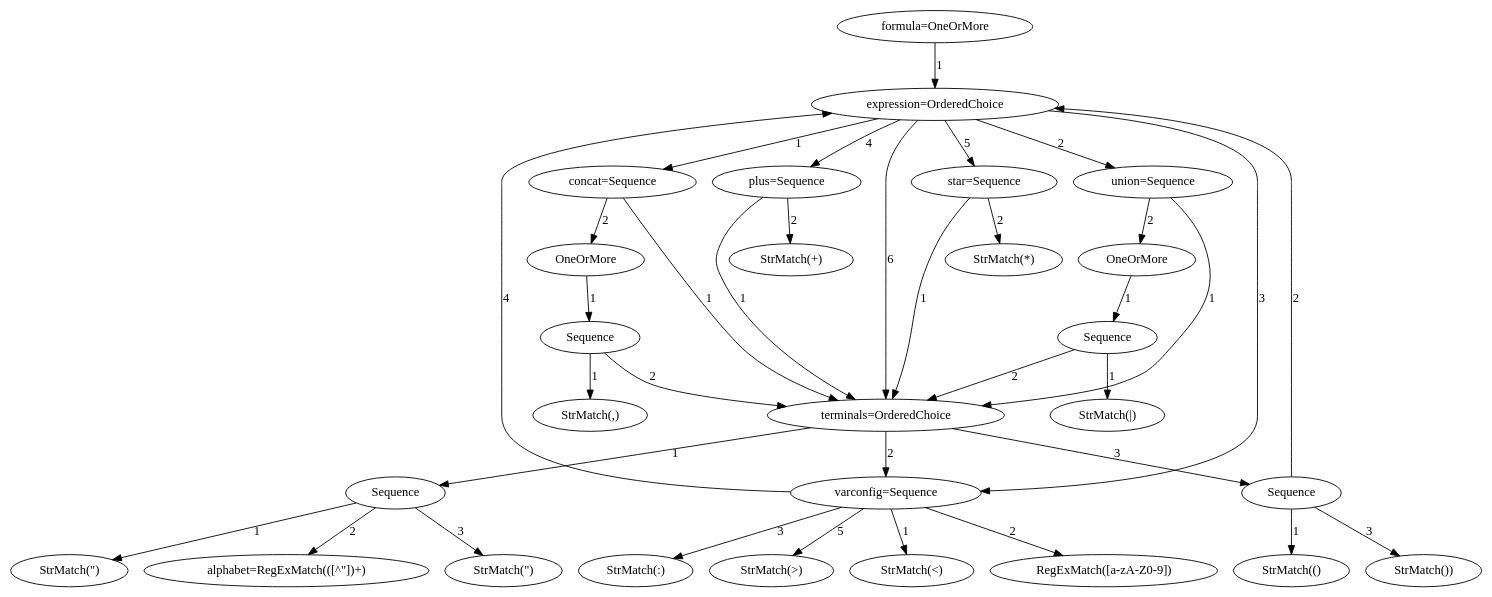
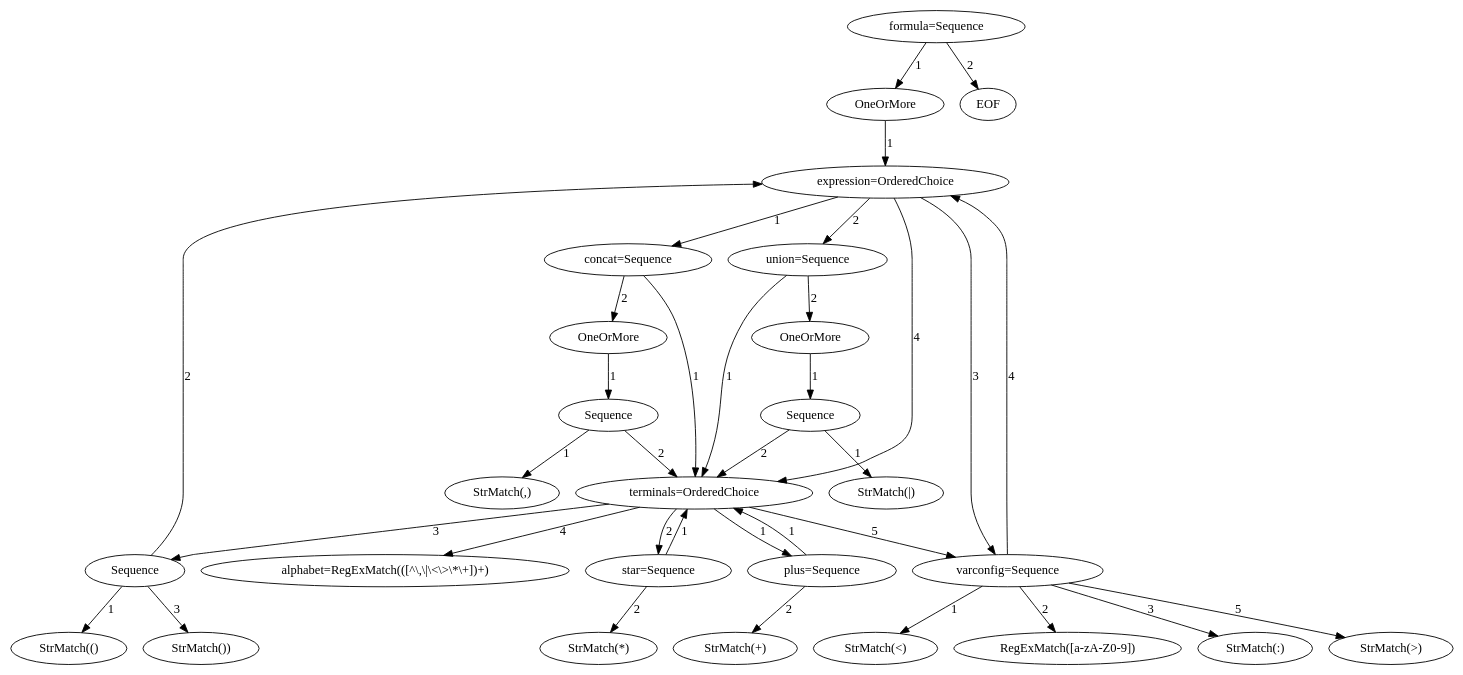
One commit to yipsimon/DocumentSpanners_MSc changed the diagram in formula_parser_model.dot. Above: the diagram before and after it, drawn with Graphviz. The commit also changed 13 other files, not shown here.

```diff
--- a/formula_parser_model.dot
+++ b/formula_parser_model.dot
@@ -1,99 +1,96 @@
 digraph arpeggio_graph {
-139739041235072 [label="formula=OneOrMore"];
-139739041235072->139739041235184 [label="1"]
+140060072292080 [label="formula=Sequence"];
+140060072292080->140060072292024 [label="1"]
 
-139739041235184 [label="expression=OrderedChoice"];
-139739041235184->139739039646384 [label="1"]
+140060072292024 [label="OneOrMore"];
+140060072292024->140060070736616 [label="1"]
 
-139739039646384 [label="concat=Sequence"];
-139739039646384->139739028059192 [label="1"]
+140060070736616 [label="expression=OrderedChoice"];
+140060070736616->140060059144936 [label="1"]
 
-139739028059192 [label="terminals=OrderedChoice"];
-139739028059192->139739028059360 [label="1"]
+140060059144936 [label="concat=Sequence"];
+140060059144936->140060059145272 [label="1"]
 
-139739028059360 [label="Sequence"];
-139739028059360->139739028059584 [label="1"]
+140060059145272 [label="terminals=OrderedChoice"];
+140060059145272->140060059144992 [label="1"]
 
-139739028059584 [label="StrMatch(\")"];
-139739028059360->139739028059248 [label="2"]
+140060059144992 [label="plus=Sequence"];
+140060059144992->140060059145272 [label="1"]
 
-139739028059248 [label="alphabet=RegExMatch(([^\"])+)"];
-139739028059360->139739028059640 [label="3"]
+140060059144992->140060059146000 [label="2"]
 
-139739028059640 [label="StrMatch(\")"];
-139739028059192->139739028060256 [label="2"]
+140060059146000 [label="StrMatch(+)"];
+140060059145272->140060059145048 [label="2"]
 
-139739028060256 [label="varconfig=Sequence"];
-139739028060256->139739028062048 [label="1"]
+140060059145048 [label="star=Sequence"];
+140060059145048->140060059145272 [label="1"]
 
-139739028062048 [label="StrMatch(<)"];
-139739028060256->139739028060368 [label="2"]
+140060059145048->140060059147792 [label="2"]
 
-139739028060368 [label="RegExMatch([a-zA-Z0-9])"];
-139739028060256->139739028062160 [label="3"]
+140060059147792 [label="StrMatch(*)"];
+140060059145272->140060059145384 [label="3"]
 
-139739028062160 [label="StrMatch(:)"];
-139739028060256->139739041235184 [label="4"]
+140060059145384 [label="Sequence"];
+140060059145384->140060059147848 [label="1"]
 
-139739028060256->139739028059304 [label="5"]
+140060059147848 [label="StrMatch(()"];
+140060059145384->140060070736616 [label="2"]
 
-139739028059304 [label="StrMatch(>)"];
-139739028059192->139739028059528 [label="3"]
+140060059145384->140060059147904 [label="3"]
 
-139739028059528 [label="Sequence"];
-139739028059528->139739028107336 [label="1"]
+140060059147904 [label="StrMatch())"];
+140060059145272->140060059147960 [label="4"]
 
-139739028107336 [label="StrMatch(()"];
-139739028059528->139739041235184 [label="2"]
+140060059147960 [label="alphabet=RegExMatch(([^\\,\\|\\<\\>\\*\\+])+)"];
+140060059145272->140060059148072 [label="5"]
 
-139739028059528->139739028107448 [label="3"]
+140060059148072 [label="varconfig=Sequence"];
+140060059148072->140060059148184 [label="1"]
 
-139739028107448 [label="StrMatch())"];
-139739039646384->139739039646496 [label="2"]
+140060059148184 [label="StrMatch(<)"];
+140060059148072->140060059148128 [label="2"]
 
-139739039646496 [label="OneOrMore"];
-139739039646496->139739028059472 [label="1"]
+140060059148128 [label="RegExMatch([a-zA-Z0-9])"];
+140060059148072->140060059148016 [label="3"]
 
-139739028059472 [label="Sequence"];
-139739028059472->139739028062104 [label="1"]
+140060059148016 [label="StrMatch(:)"];
+140060059148072->140060070736616 [label="4"]
 
-139739028062104 [label="StrMatch(,)"];
-139739028059472->139739028059192 [label="2"]
+140060059148072->140060059197512 [label="5"]
 
-139739041235184->139739028060088 [label="2"]
+140060059197512 [label="StrMatch(>)"];
+140060059144936->140060059145216 [label="2"]
 
-139739028060088 [label="union=Sequence"];
-139739028060088->139739028059192 [label="1"]
+140060059145216 [label="OneOrMore"];
+140060059145216->140060059145328 [label="1"]
 
-139739028060088->139739028059416 [label="2"]
+140060059145328 [label="Sequence"];
+140060059145328->140060059148240 [label="1"]
 
-139739028059416 [label="OneOrMore"];
-139739028059416->139739028107392 [label="1"]
+140060059148240 [label="StrMatch(,)"];
+140060059145328->140060059145272 [label="2"]
 
-139739028107392 [label="Sequence"];
-139739028107392->139739028107616 [label="1"]
+140060070736616->140060059146112 [label="2"]
 
-139739028107616 [label="StrMatch(|)"];
-139739028107392->139739028059192 [label="2"]
+140060059146112 [label="union=Sequence"];
+140060059146112->140060059145272 [label="1"]
 
-139739041235184->139739028060256 [label="3"]
+140060059146112->140060059145104 [label="2"]
 
-139739041235184->139739028107504 [label="4"]
+140060059145104 [label="OneOrMore"];
+140060059145104->140060059197736 [label="1"]
 
-139739028107504 [label="plus=Sequence"];
-139739028107504->139739028059192 [label="1"]
+140060059197736 [label="Sequence"];
+140060059197736->140060059197624 [label="1"]
 
-139739028107504->139739028107672 [label="2"]
+140060059197624 [label="StrMatch(|)"];
+140060059197736->140060059145272 [label="2"]
 
-139739028107672 [label="StrMatch(+)"];
-139739041235184->139739028107560 [label="5"]
+140060070736616->140060059148072 [label="3"]
 
-139739028107560 [label="star=Sequence"];
-139739028107560->139739028059192 [label="1"]
+140060070736616->140060059145272 [label="4"]
 
-139739028107560->139739028107784 [label="2"]
+140060072292080->140060070736168 [label="2"]
 
-139739028107784 [label="StrMatch(*)"];
-139739041235184->139739028059192 [label="6"]
-
+140060070736168 [label="EOF"];
 }
```
